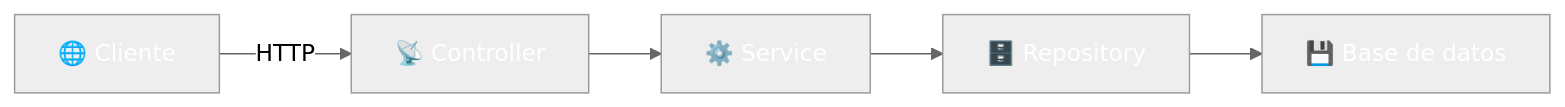
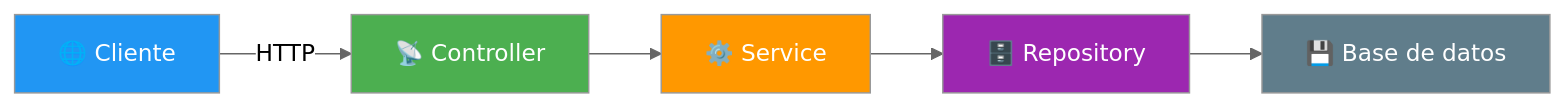
Before and after one commit to joseluisgs/DesarrolloWebEntornosServidor-02-2026-2027: the fifth of 7 diagrams in 01-conceptos-servicios.md, drawn with Mermaid (neutral theme). The commit also changed other lines of this file and 29 other files, not shown here.

Commit message:
docs: corregir estilos Mermaid y estilo, quitar referencias a la Tienda y reestructurar los retos 13 y 15

````diff
--- a/01-conceptos-servicios.md
+++ b/01-conceptos-servicios.md
@@ -294,12 +294,12 @@
 ```mermaid
 flowchart LR
     A["🌐 Cliente"] -->|HTTP| B["📡 Controller"]
     B --> C["⚙️ Service"]
     C --> D["🗄️ Repository"]
     D --> E["💾 Base de datos"]
-    style A fill:#2196F,color:#fff3,color:#fff
-    style B fill:#4CAF5,color:#fff0,color:#fff
-    style C fill:#FF980,color:#fff0,color:#fff
-    style D fill:#9C27B,color:#fff0,color:#fff
-    style E fill:#607D8,color:#fffB,color:#fff
+    style A fill:#2196F3,color:#fff
+    style B fill:#4CAF50,color:#fff
+    style C fill:#FF9800,color:#fff
+    style D fill:#9C27B0,color:#fff
+    style E fill:#607D8B,color:#fff
 ```
````
